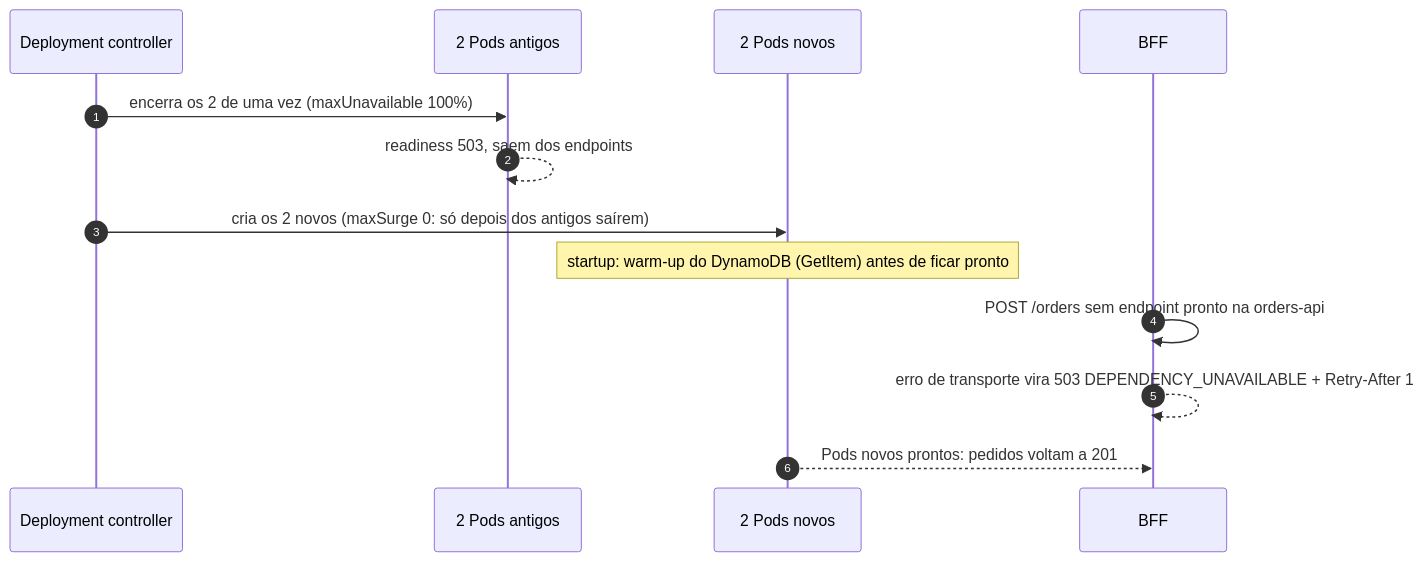
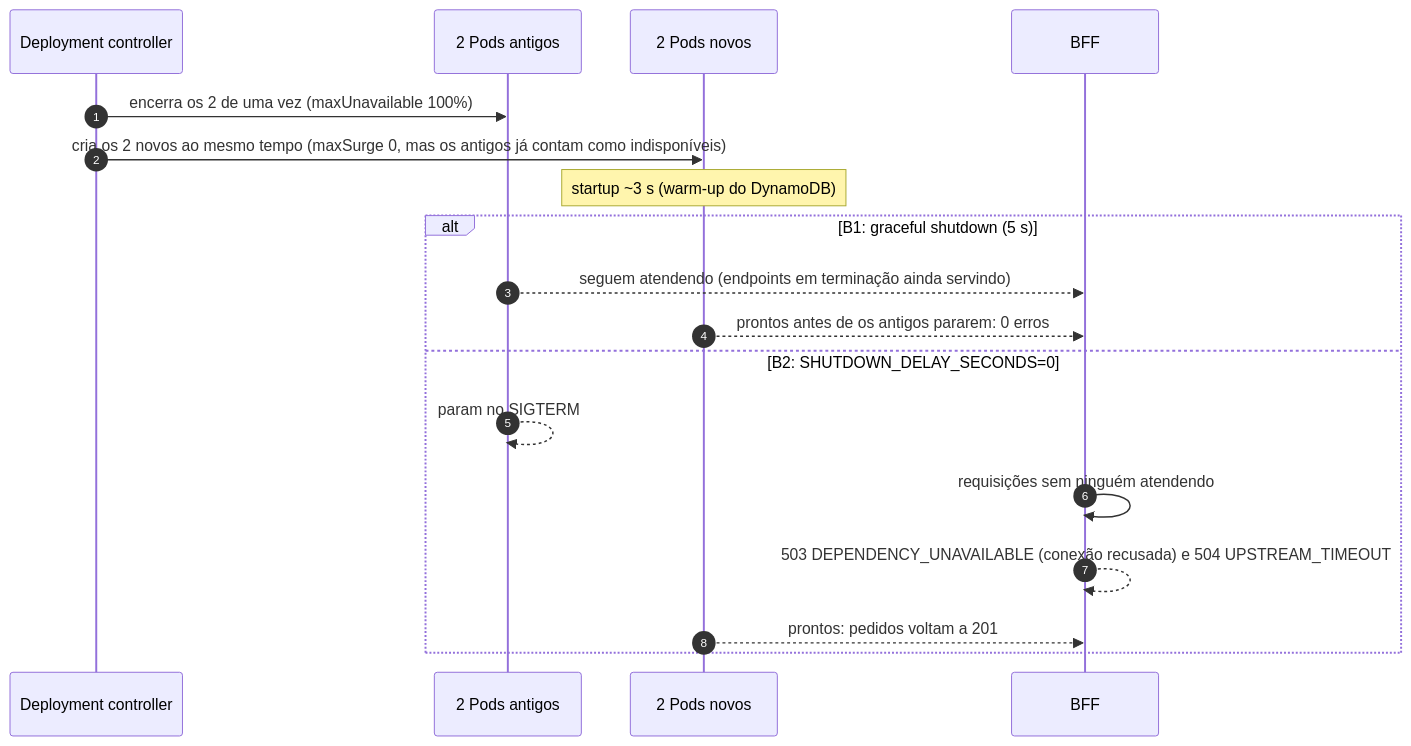
Before and after one commit to opsteam-sreday/workshop-k8s-reliability: the third of 6 diagrams in labs/lab-03/README.md, drawn with Mermaid. The commit also changed other lines of this file and 2 other files, not shown here.

````diff
--- a/labs/lab-03/README.md
+++ b/labs/lab-03/README.md
@@ -152,15 +174,20 @@
 ```mermaid
 sequenceDiagram
     autonumber
     participant D as Deployment controller
     participant O as 2 Pods antigos
     participant N as 2 Pods novos
     participant B as BFF
     D->>O: encerra os 2 de uma vez (maxUnavailable 100%)
-    O-->>O: readiness 503, saem dos endpoints
-    D->>N: cria os 2 novos (maxSurge 0: só depois dos antigos saírem)
-    Note over N: startup: warm-up do DynamoDB (GetItem) antes de ficar pronto
-    B->>B: POST /orders sem endpoint pronto na orders-api
-    B-->>B: erro de transporte vira 503 DEPENDENCY_UNAVAILABLE + Retry-After 1
-    N-->>B: Pods novos prontos: pedidos voltam a 201
+    D->>N: cria os 2 novos ao mesmo tempo (maxSurge 0, mas os antigos já contam como indisponíveis)
+    Note over N: startup ~3 s (warm-up do DynamoDB)
+    alt B1: graceful shutdown (5 s)
+        O-->>B: seguem atendendo (endpoints em terminação ainda servindo)
+        N-->>B: prontos antes de os antigos pararem: 0 erros
+    else B2: SHUTDOWN_DELAY_SECONDS=0
+        O-->>O: param no SIGTERM
+        B->>B: requisições sem ninguém atendendo
+        B-->>B: 503 DEPENDENCY_UNAVAILABLE (conexão recusada) e 504 UPSTREAM_TIMEOUT
+        N-->>B: prontos: pedidos voltam a 201
+    end
 ```
````
